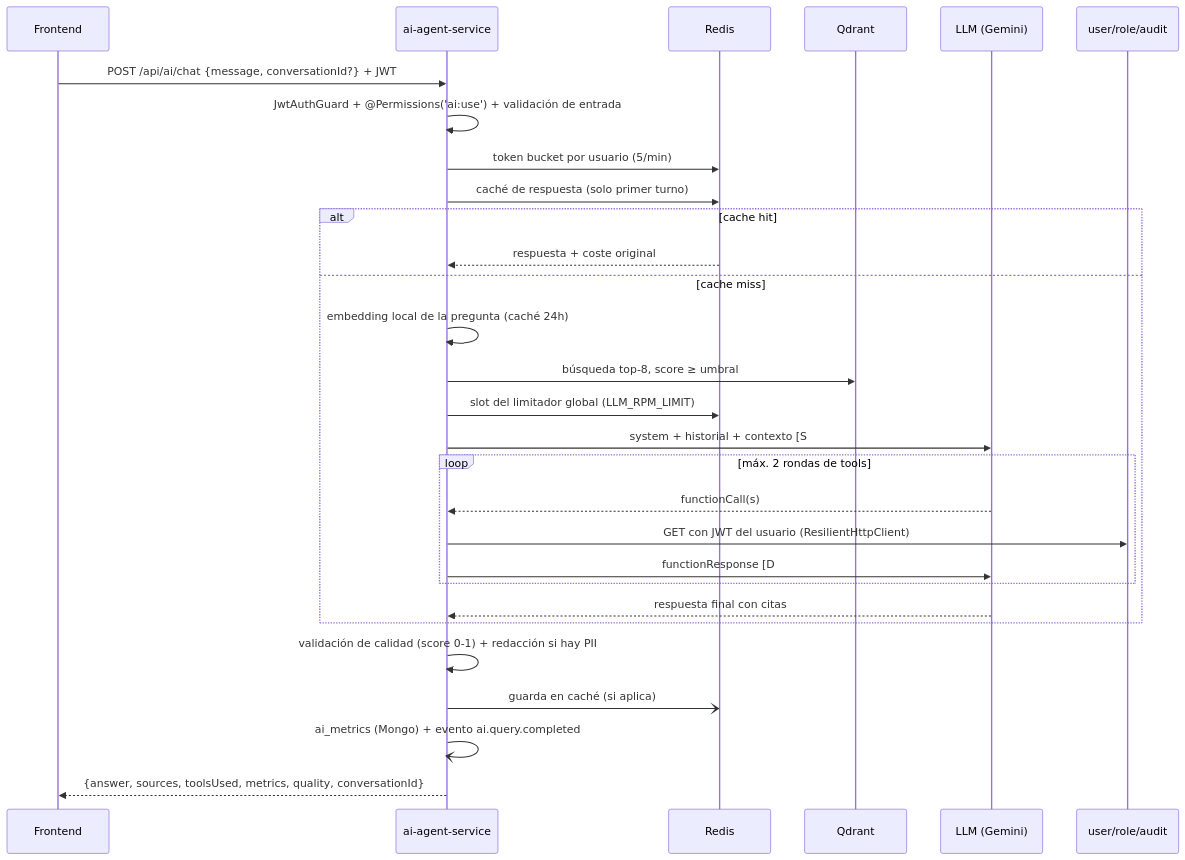
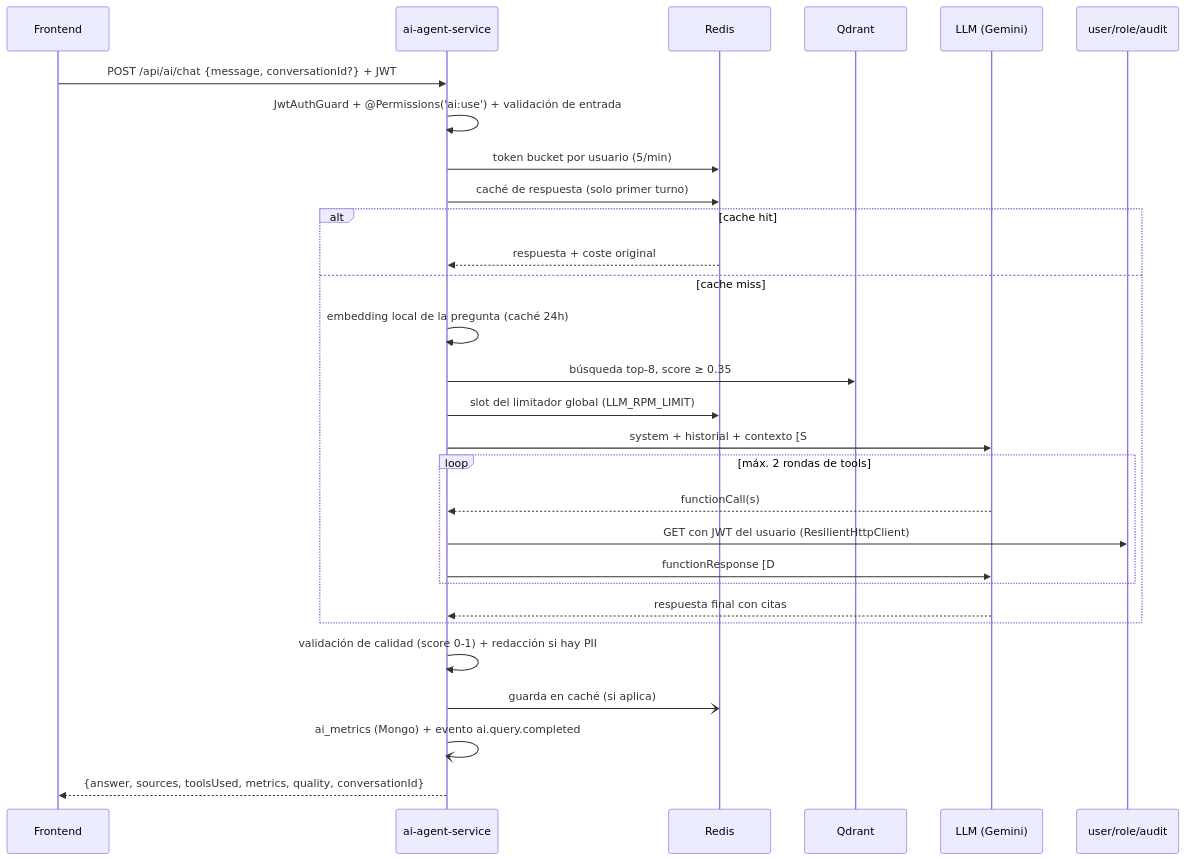
One commit to fernando-agredano/toka-user-platform changed the diagram in docs/05-prompt-engineering.md. Above: the diagram before and after it, drawn with Mermaid. The commit also changed other lines of this file and 115 other files, not shown here.

````diff
--- a/docs/05-prompt-engineering.md
+++ b/docs/05-prompt-engineering.md
@@ -17,32 +17,32 @@
 ```mermaid
 sequenceDiagram
   participant U as Frontend
   participant A as ai-agent-service
   participant R as Redis
   participant Q as Qdrant
   participant L as LLM (Gemini)
   participant S as user/role/audit
 
   U->>A: POST /api/ai/chat {message, conversationId?} + JWT
   A->>A: JwtAuthGuard + @Permissions('ai:use') + validación de entrada
   A->>R: token bucket por usuario (5/min)
   A->>R: caché de respuesta (solo primer turno)
   alt cache hit
     R-->>A: respuesta + coste original
   else cache miss
     A->>A: embedding local de la pregunta (caché 24h)
-    A->>Q: búsqueda top-8, score ≥ umbral
+    A->>Q: búsqueda top-8, score ≥ 0.35
     A->>R: slot del limitador global (LLM_RPM_LIMIT)
     A->>L: system + historial + contexto [S#] + tools permitidas
     loop máx. 2 rondas de tools
       L-->>A: functionCall(s)
       A->>S: GET con JWT del usuario (ResilientHttpClient)
       A->>L: functionResponse [D#]
     end
     L-->>A: respuesta final con citas
   end
   A->>A: validación de calidad (score 0-1) + redacción si hay PII
   A-)R: guarda en caché (si aplica)
   A-)A: ai_metrics (Mongo) + evento ai.query.completed
   A-->>U: {answer, sources, toolsUsed, metrics, quality, conversationId}
 ```
````
